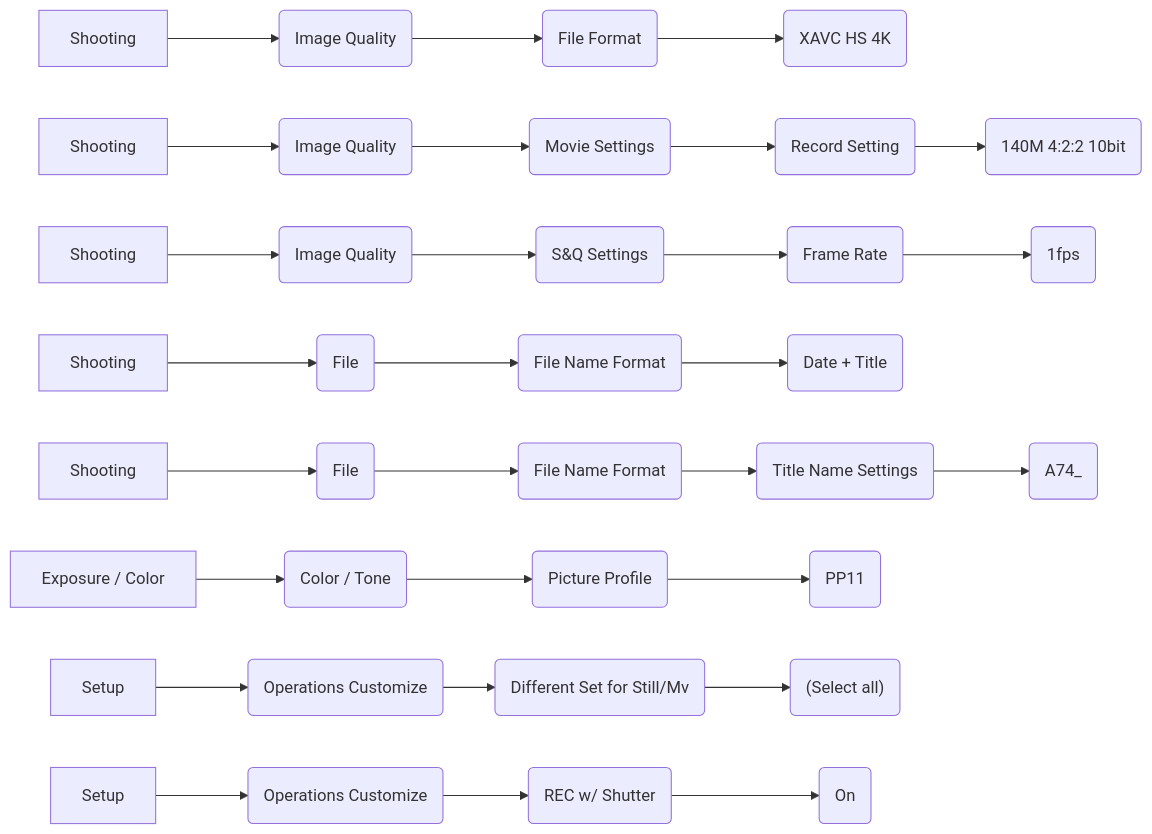
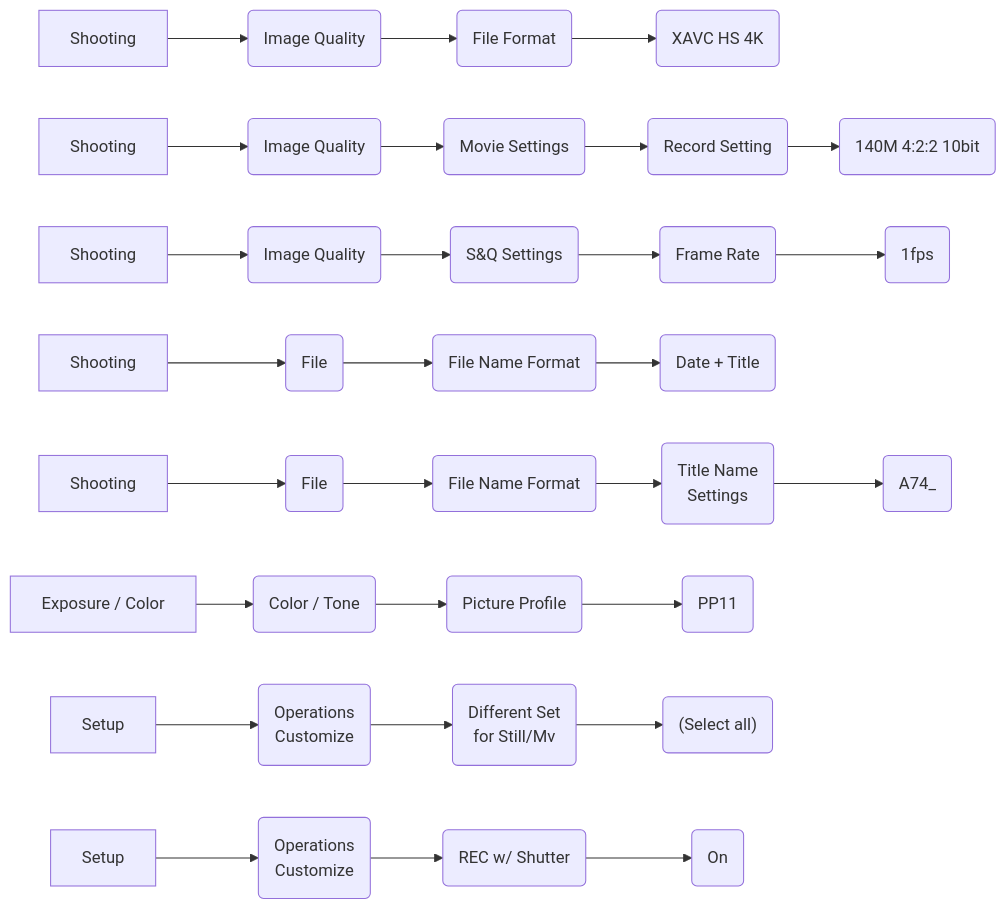
Before and after one commit to ruzickap/ruzickap.github.io: the second of 2 diagrams in _posts/2022/2022-09-02-my-sony-a7-iv-settings.md, drawn with Mermaid. The commit also changed other lines of this file, not shown here.

Commit message:
fix(posts): improve mermaid diagram in 2022-09-02-my-sony-a7-iv-settings

````diff
--- a/_posts/2022/2022-09-02-my-sony-a7-iv-settings.md
+++ b/_posts/2022/2022-09-02-my-sony-a7-iv-settings.md
@@ -78,11 +78,11 @@
 ```mermaid
 flowchart LR
-    A1[Shooting]         --> A2(Image Quality)        --> A3(File Format)                --> A4(XAVC HS 4K)
-    B1[Shooting]         --> B2(Image Quality)        --> B3(Movie Settings)             --> B4(Record Setting)      --> B5(140M 4:2:2 10bit)
-    C1[Shooting]         --> C2(Image Quality)        --> C3(S&Q Settings)               --> C4(Frame Rate)          --> C5(1fps)
-    D1[Shooting]         --> D2(File)                 --> D3(File Name Format)           --> D4(Date + Title)
-    E1[Shooting]         --> E2(File)                 --> E3(File Name Format)           --> E4(Title Name Settings) --> E5(A74_)
-    F1[Exposure / Color] --> F2(Color / Tone)         --> F3(Picture Profile)            --> F4(PP11)
-    G1[Setup]            --> G2(Operations Customize) --> G3(Different Set for Still/Mv) --> G4("(Select all)")
-    H1[Setup]            --> H2(Operations Customize) --> H3(REC w/ Shutter)             --> H4(On)
+    A1[Shooting]         --> A2(Image Quality)           --> A3(File Format)                   --> A4(XAVC HS 4K)
+    B1[Shooting]         --> B2(Image Quality)           --> B3(Movie Settings)                --> B4(Record Setting)         --> B5(140M 4:2:2 10bit)
+    C1[Shooting]         --> C2(Image Quality)           --> C3(S&Q Settings)                  --> C4(Frame Rate)             --> C5(1fps)
+    D1[Shooting]         --> D2(File)                    --> D3(File Name Format)              --> D4(Date + Title)
+    E1[Shooting]         --> E2(File)                    --> E3(File Name Format)              --> E4(Title Name \n Settings) --> E5(A74_)
+    F1[Exposure / Color] --> F2(Color / Tone)            --> F3(Picture Profile)               --> F4(PP11)
+    G1[Setup]            --> G2(Operations \n Customize) --> G3(Different Set \n for Still/Mv) --> G4("(Select all)")
+    H1[Setup]            --> H2(Operations \n Customize) --> H3(REC w/ Shutter)                --> H4(On)
 ```
````
